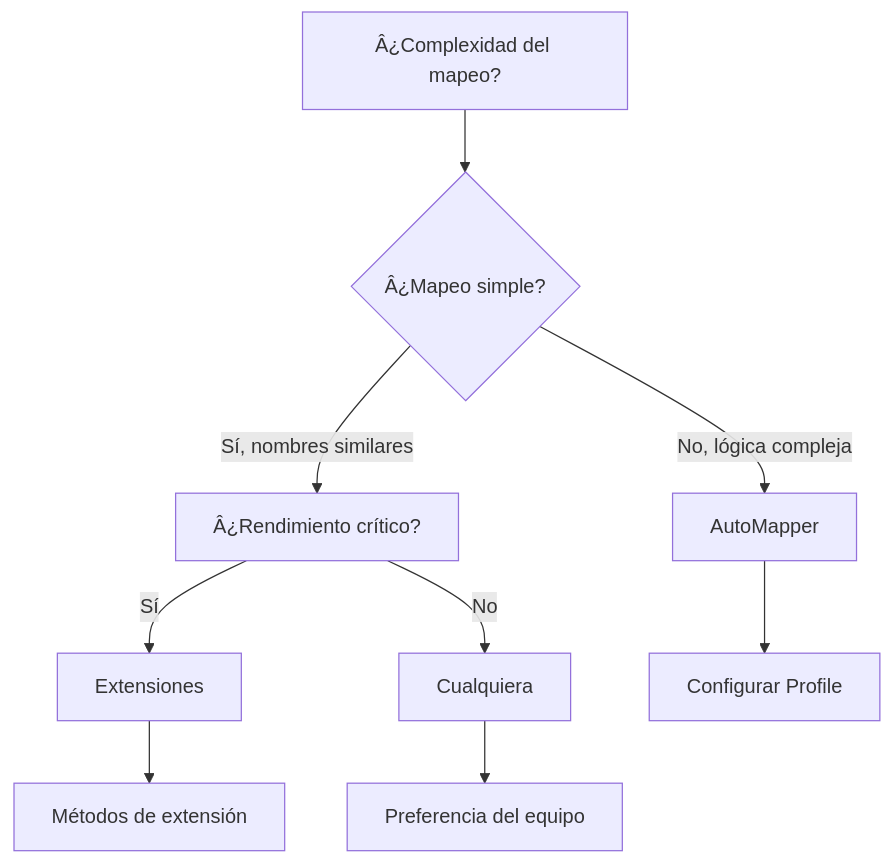
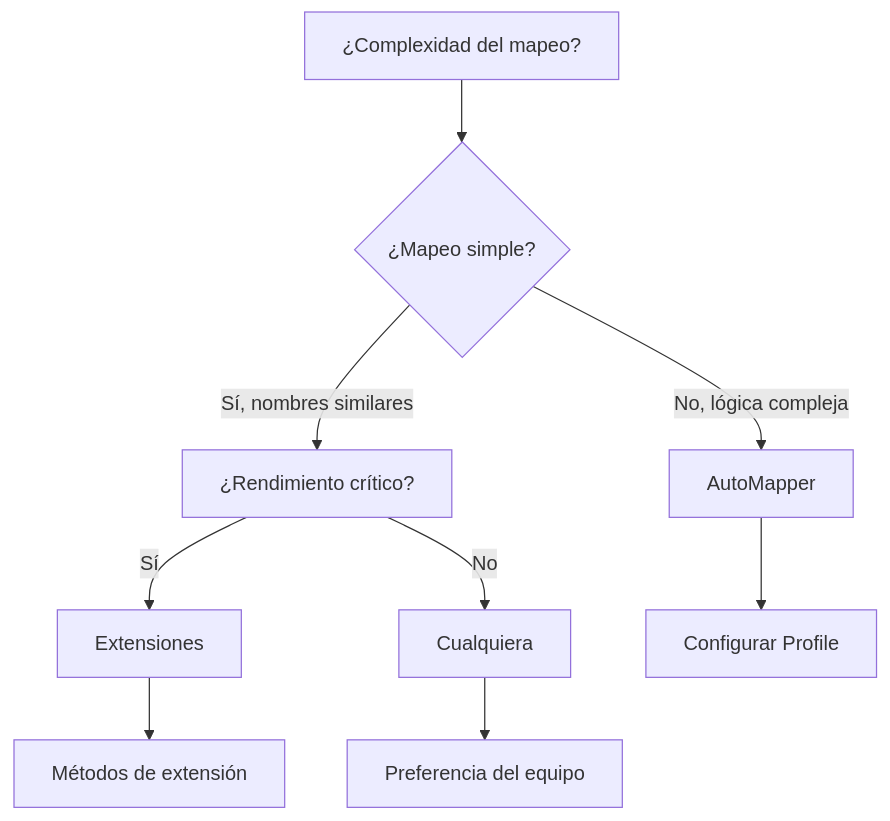
One commit to joseluisgs/TiendaDawApi-Cqrs-MediatR-NetCore changed the fourth of 5 diagrams in doc/16-mapeadores.md. Above: the diagram before and after it, drawn with Mermaid. The commit also changed other lines of this file and 27 other files, not shown here.

````diff
--- a/doc/16-mapeadores.md
+++ b/doc/16-mapeadores.md
@@ -426,13 +426,13 @@
 ```mermaid
 flowchart TD
-    A["Â¿Complexidad del mapeo?"] --> B{"Â¿Mapeo simple?"}
-    B -->|Sí, nombres similares| C["Â¿Rendimiento crítico?"]
+    A["¿Complexidad del mapeo?"] --> B{"¿Mapeo simple?"}
+    B -->|Sí, nombres similares| C["¿Rendimiento crítico?"]
     B -->|No, lógica compleja| D["AutoMapper"]
     
     C -->|Sí| E["Extensiones"]
     C -->|No| F["Cualquiera"]
     
     D --> G["Configurar Profile"]
     E --> H["Métodos de extensión"]
     F --> I["Preferencia del equipo"]
 ```
````
